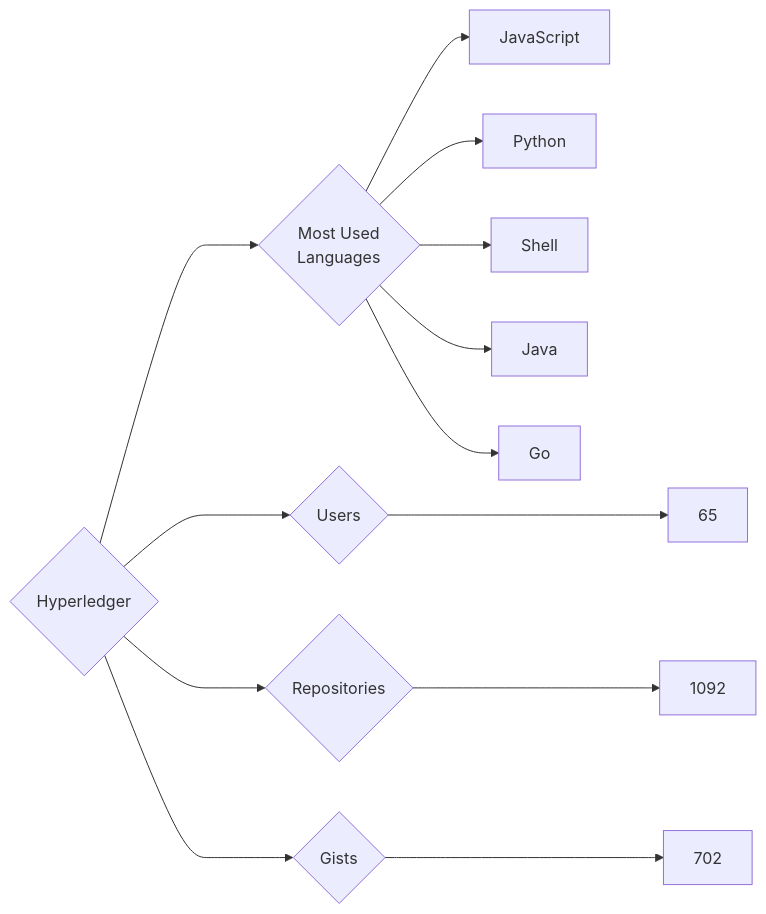
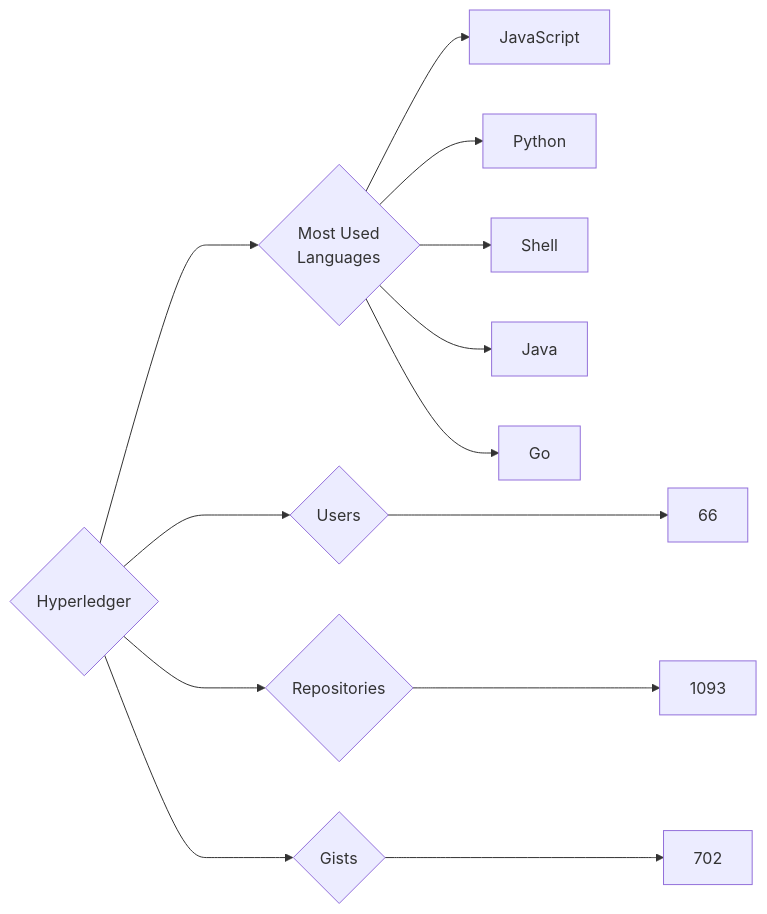
One commit to trickest/insiders changed the diagram in targets/Hyperledger/README.md. Above: the diagram before and after it, drawn with Mermaid. The commit also changed 640 other files, not shown here.

````diff
--- a/targets/Hyperledger/README.md
+++ b/targets/Hyperledger/README.md
@@ -3,13 +3,13 @@
 ```mermaid
 graph LR
 COMPANY_NAME{Hyperledger}
-COMPANY_NAME ---> U{Users} ---> UN[65]
-COMPANY_NAME ---> R{Repositories} ---> RN[1092]
+COMPANY_NAME ---> U{Users} ---> UN[66]
+COMPANY_NAME ---> R{Repositories} ---> RN[1093]
 COMPANY_NAME ---> G{Gists} ---> GN[702]
 COMPANY_NAME ---> ML{Most Used<br>Languages}
 ML --> JavaScript[JavaScript]
 ML --> Python[Python]
 ML --> Shell[Shell]
 ML --> Java[Java]
 ML --> Go[Go]
 ```
````
